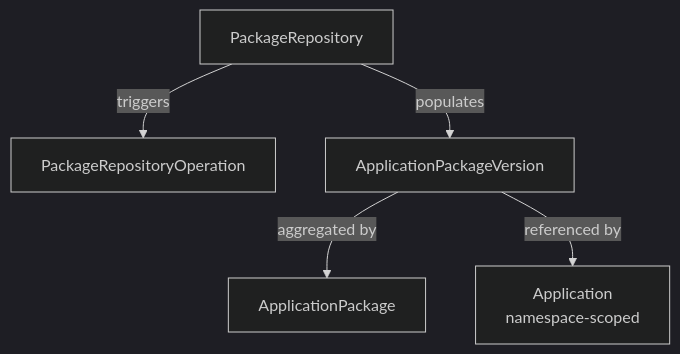
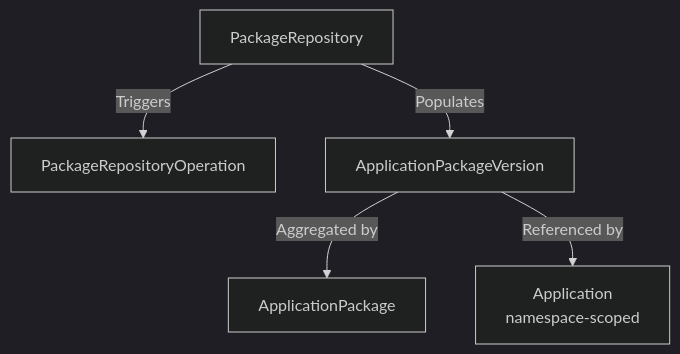
Before and after one commit to deckhouse/deckhouse: the diagram in docs/documentation/pages/architecture/marketplace/CONCEPTS.md, drawn with Mermaid (dark theme). The commit also changed other lines of this file and 42 other files, not shown here.

```diff
--- a/docs/documentation/pages/architecture/marketplace/CONCEPTS.md
+++ b/docs/documentation/pages/architecture/marketplace/CONCEPTS.md
@@ -27,7 +29,7 @@
 <pre class="mermaid">
 flowchart TD
-    PR[PackageRepository] -->|triggers| PRO[PackageRepositoryOperation]
-    PR -->|populates| APV[ApplicationPackageVersion]
-    APV -->|aggregated by| AP[ApplicationPackage]
-    APV -->|referenced by| APP[Application\nnamespace-scoped]
+    PR[PackageRepository] -->|Triggers| PRO[PackageRepositoryOperation]
+    PR -->|Populates| APV[ApplicationPackageVersion]
+    APV -->|Aggregated by| AP[ApplicationPackage]
+    APV -->|Referenced by| APP[Application\nnamespace-scoped]
 </pre>
```
